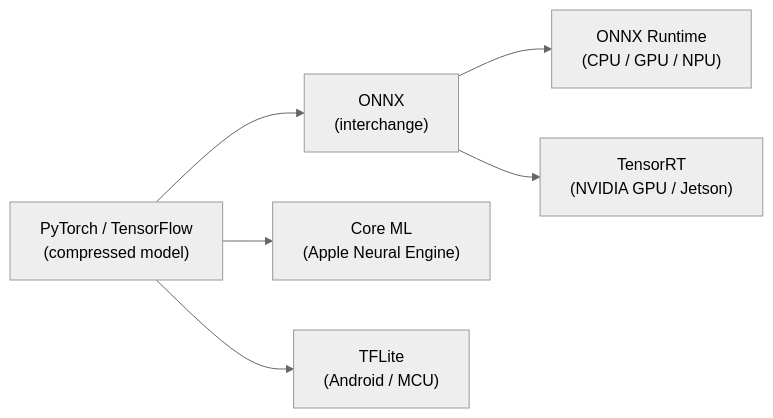
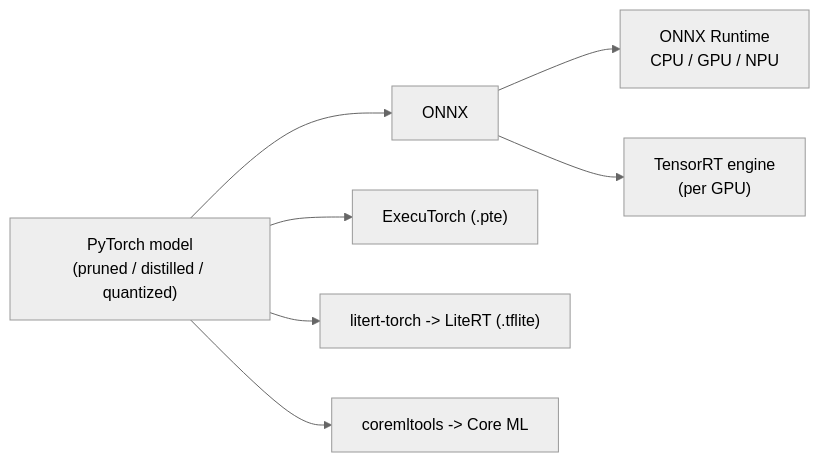
Before and after one commit to AndrewAltimit/Documentation: the sixth of 6 diagrams in github-pages/docs/ai-ml/model-compression.md, drawn with Mermaid (neutral theme). The commit also changed other lines of this file and 240 other files, not shown here.

````diff
--- a/github-pages/docs/ai-ml/model-compression.md
+++ b/github-pages/docs/ai-ml/model-compression.md
@@ -335,8 +365,9 @@
 ```mermaid
 flowchart LR
-    Train["PyTorch / TensorFlow<br/>(compressed model)"] --> ONNX["ONNX<br/>(interchange)"]
-    ONNX --> RT["ONNX Runtime<br/>(CPU / GPU / NPU)"]
-    Train --> CML["Core ML<br/>(Apple Neural Engine)"]
-    Train --> TFL["TFLite<br/>(Android / MCU)"]
-    ONNX --> TRT["TensorRT<br/>(NVIDIA GPU / Jetson)"]
+    PT["PyTorch model<br/>(pruned / distilled / quantized)"] --> ONNX["ONNX"]
+    PT --> ET["ExecuTorch (.pte)"]
+    PT --> LRT["litert-torch -> LiteRT (.tflite)"]
+    PT --> CML["coremltools -> Core ML"]
+    ONNX --> ORT["ONNX Runtime<br/>CPU / GPU / NPU"]
+    ONNX --> TRT["TensorRT engine<br/>(per GPU)"]
 ```
````
